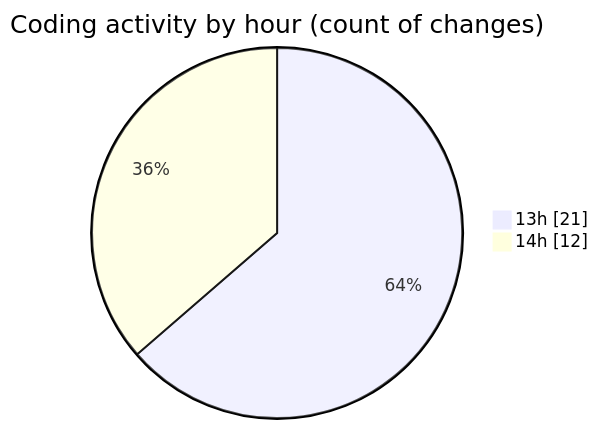
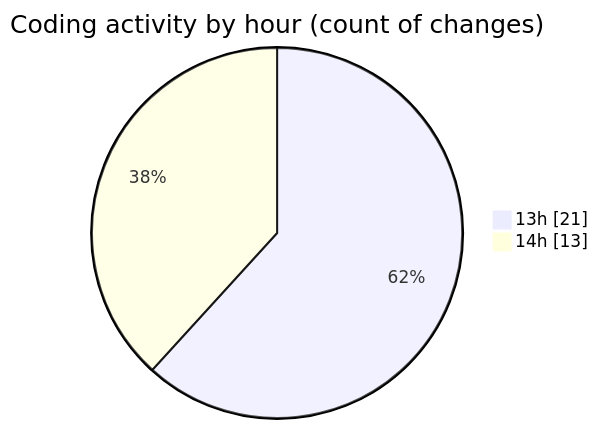
The second of 2 diagrams in 2025-01-14/trackers_app/README.md (donsfak/code-tracking), drawn with Mermaid before and after one commit. The commit also changed other lines of this file and 1 other file, not shown here.

````diff
--- a/2025-01-14/trackers_app/README.md
+++ b/2025-01-14/trackers_app/README.md
@@ -36,6 +36,6 @@
 ```mermaid
 pie showData
 title Coding activity by hour (count of changes)
 "13h" : 21
-"14h" : 12
+"14h" : 13
 ```
````
